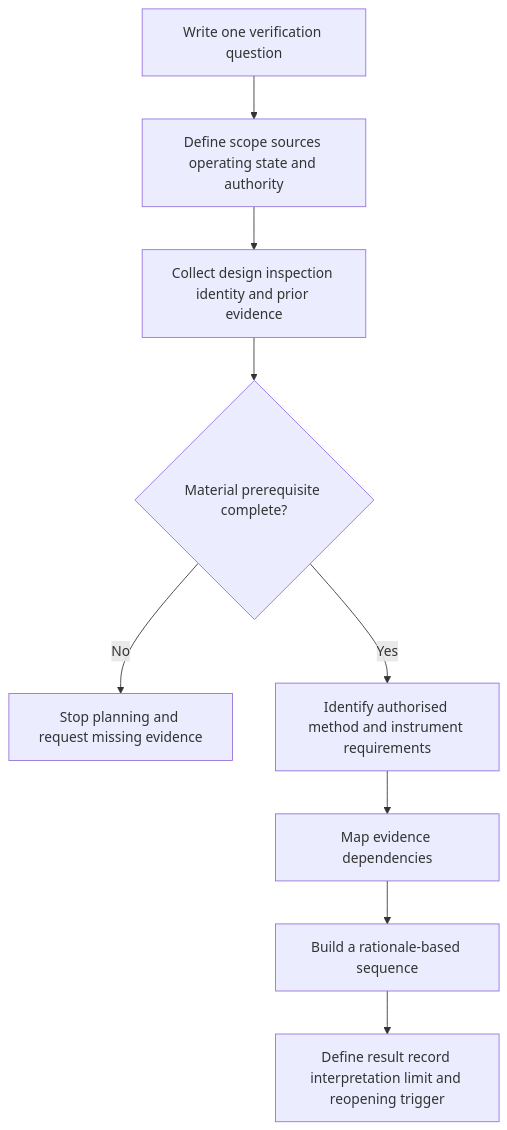
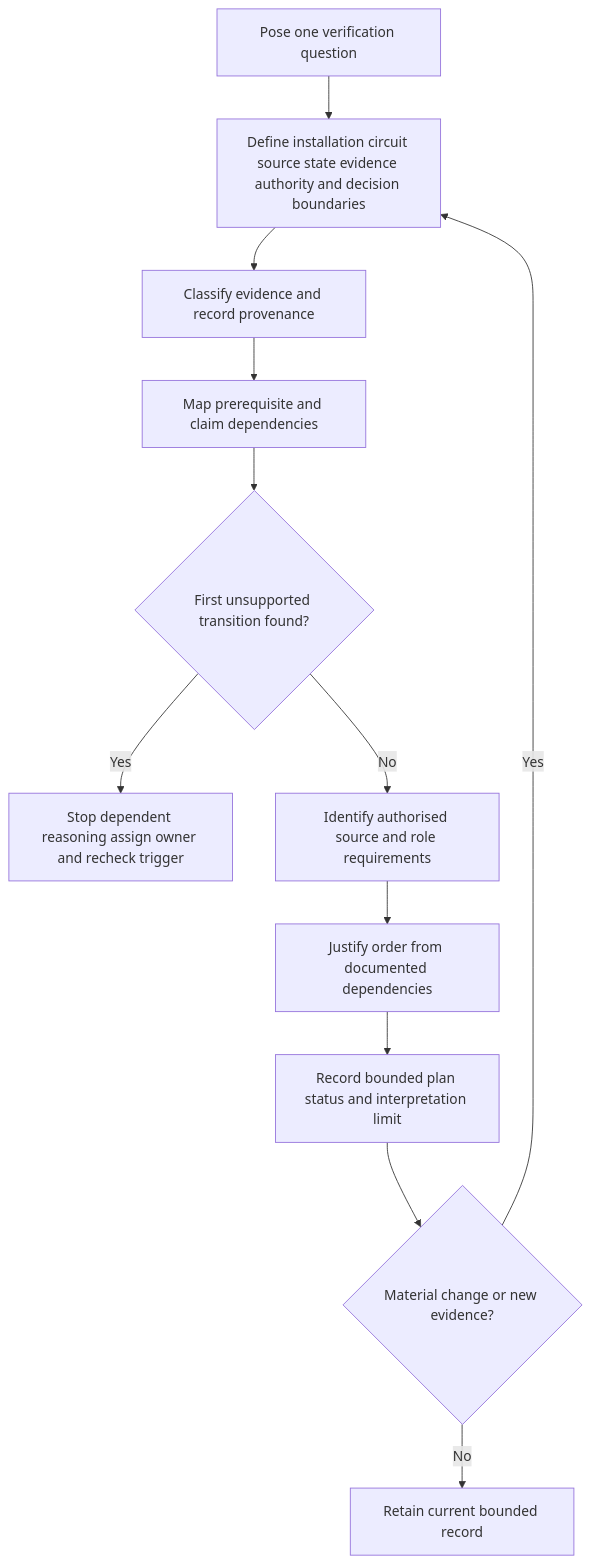
One commit to andrew3stedall/capstone changed the first of 2 diagrams in docs/learning-plans/12-week/modules/day-59-test-purposes-dependencies-and-safe-sequencing-concepts.md. Above: the diagram before and after it, drawn with Mermaid. The commit also changed other lines of this file and 3 other files, not shown here.

Commit message:
Improve Day 59 verification sequencing reasoning

````diff
--- a/docs/learning-plans/12-week/modules/day-59-test-purposes-dependencies-and-safe-sequencing-concepts.md
+++ b/docs/learning-plans/12-week/modules/day-59-test-purposes-dependencies-and-safe-sequencing-concepts.md
@@ -88,11 +106,14 @@
 ```mermaid
 flowchart TD
-  A[Write one verification question] --> B[Define scope sources operating state and authority]
-  B --> C[Collect design inspection identity and prior evidence]
-  C --> D{Material prerequisite complete?}
-  D -->|No| E[Stop planning and request missing evidence]
-  D -->|Yes| F[Identify authorised method and instrument requirements]
-  F --> G[Map evidence dependencies]
-  G --> H[Build a rationale-based sequence]
-  H --> I[Define result record interpretation limit and reopening trigger]
+  A[Pose one verification question] --> B[Define installation circuit source state evidence authority and decision boundaries]
+  B --> C[Classify evidence and record provenance]
+  C --> D[Map prerequisite and claim dependencies]
+  D --> E{First unsupported transition found?}
+  E -->|Yes| F[Stop dependent reasoning assign owner and recheck trigger]
+  E -->|No| G[Identify authorised source and role requirements]
+  G --> H[Justify order from documented dependencies]
+  H --> I[Record bounded plan status and interpretation limit]
+  I --> J{Material change or new evidence?}
+  J -->|Yes| B
+  J -->|No| K[Retain current bounded record]
 ```
````
